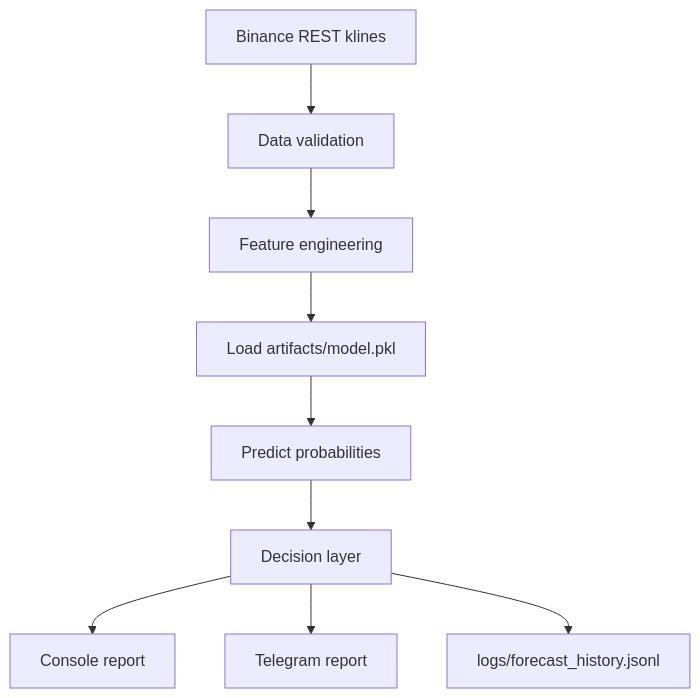
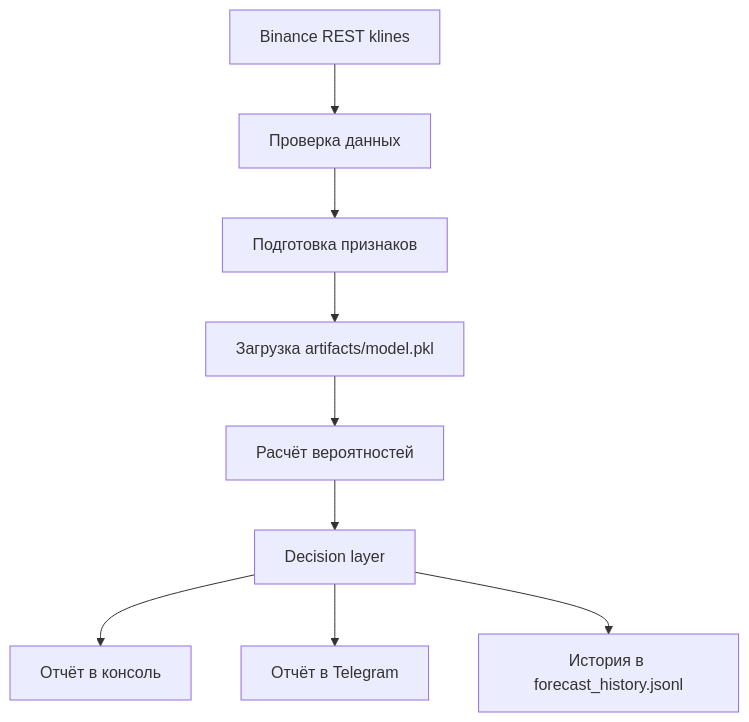
One commit to Trade360Lab/Trade360Lab-Analyzer-BTC changed the diagram in README.md. Above: the diagram before and after it, drawn with Mermaid. The commit also changed other lines of this file and 1 other file, not shown here.

````diff
--- a/README.md
+++ b/README.md
@@ -27,11 +28,11 @@
 ```mermaid
 flowchart TD
-    A[Binance REST klines] --> B[Data validation]
-    B --> C[Feature engineering]
-    C --> D[Load artifacts/model.pkl]
-    D --> E[Predict probabilities]
-    E --> F[Decision layer]
-    F --> G[Console report]
-    F --> H[Telegram report]
-    F --> I[logs/forecast_history.jsonl]
+    A["Binance REST klines"] --> B["Проверка данных"]
+    B --> C["Подготовка признаков"]
+    C --> D["Загрузка artifacts/model.pkl"]
+    D --> E["Расчёт вероятностей"]
+    E --> F["Decision layer"]
+    F --> G["Отчёт в консоль"]
+    F --> H["Отчёт в Telegram"]
+    F --> I["История в forecast_history.jsonl"]
 ```
````
